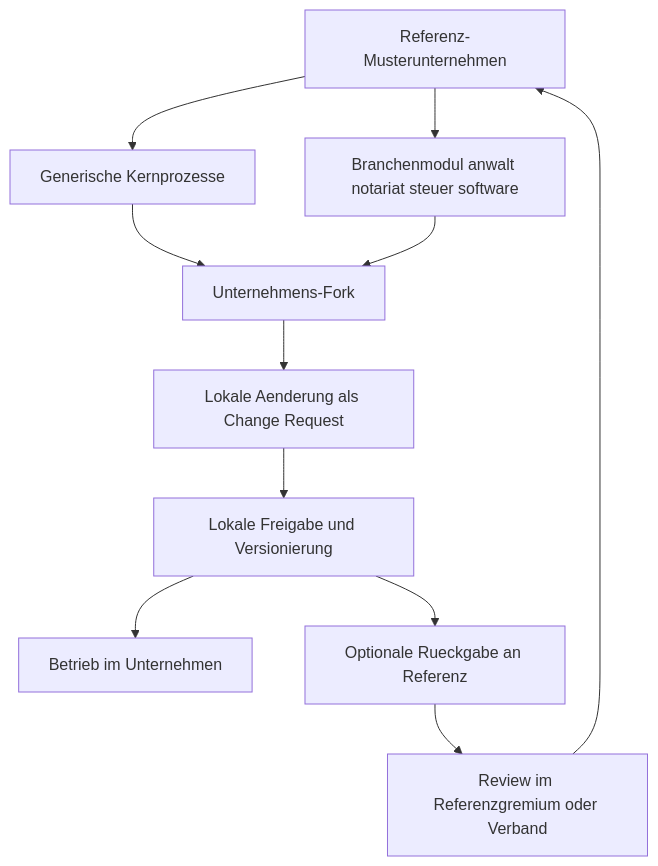
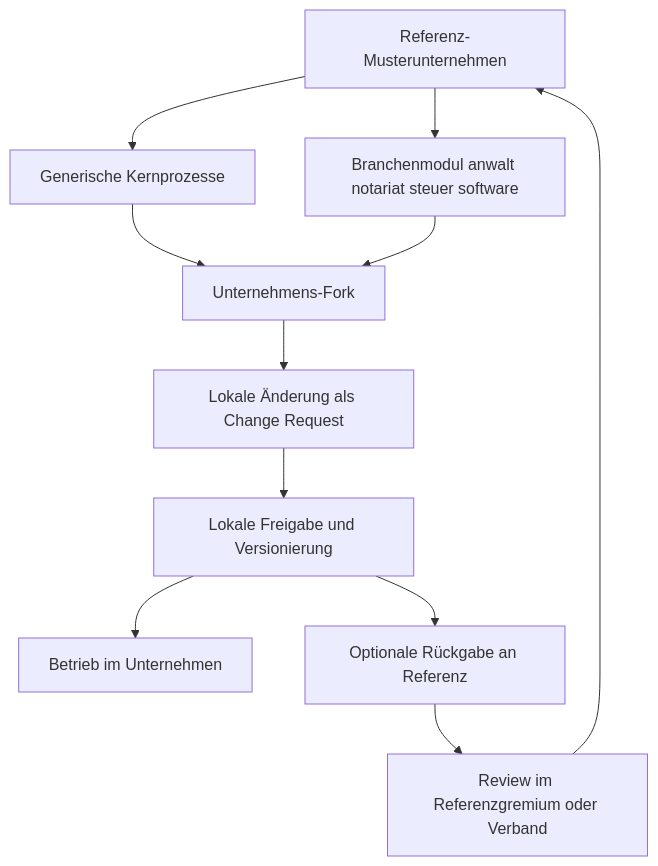
The fourth of 4 diagrams in docs/de/architecture.md (notariat8/NaC), drawn with Mermaid before and after one commit. The commit also changed other lines of this file and 231 other files, not shown here.

````diff
--- a/docs/de/architecture.md
+++ b/docs/de/architecture.md
@@ -94,13 +94,13 @@
 ```mermaid
 flowchart TD
     RefModel["Referenz-Musterunternehmen"] --> BranchPack["Branchenmodul anwalt notariat steuer software"]
     RefModel --> GenericPack["Generische Kernprozesse"]
     GenericPack --> CompanyFork["Unternehmens-Fork"]
     BranchPack --> CompanyFork
-    CompanyFork --> LocalChange["Lokale Aenderung als Change Request"]
+    CompanyFork --> LocalChange["Lokale Änderung als Change Request"]
     LocalChange --> LocalApprove["Lokale Freigabe und Versionierung"]
     LocalApprove --> CompanyRun["Betrieb im Unternehmen"]
-    LocalApprove --> UpstreamProposal["Optionale Rueckgabe an Referenz"]
+    LocalApprove --> UpstreamProposal["Optionale Rückgabe an Referenz"]
     UpstreamProposal --> RefReview["Review im Referenzgremium oder Verband"]
     RefReview --> RefModel
 ```
````
